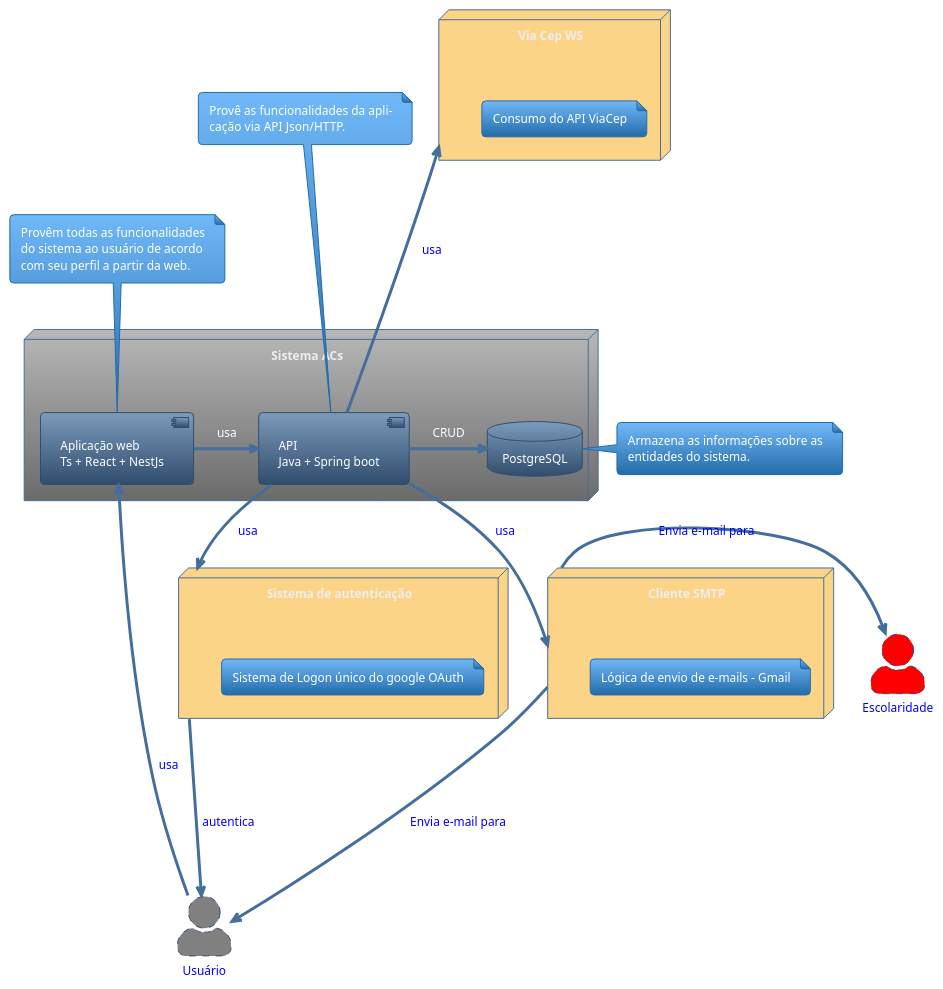
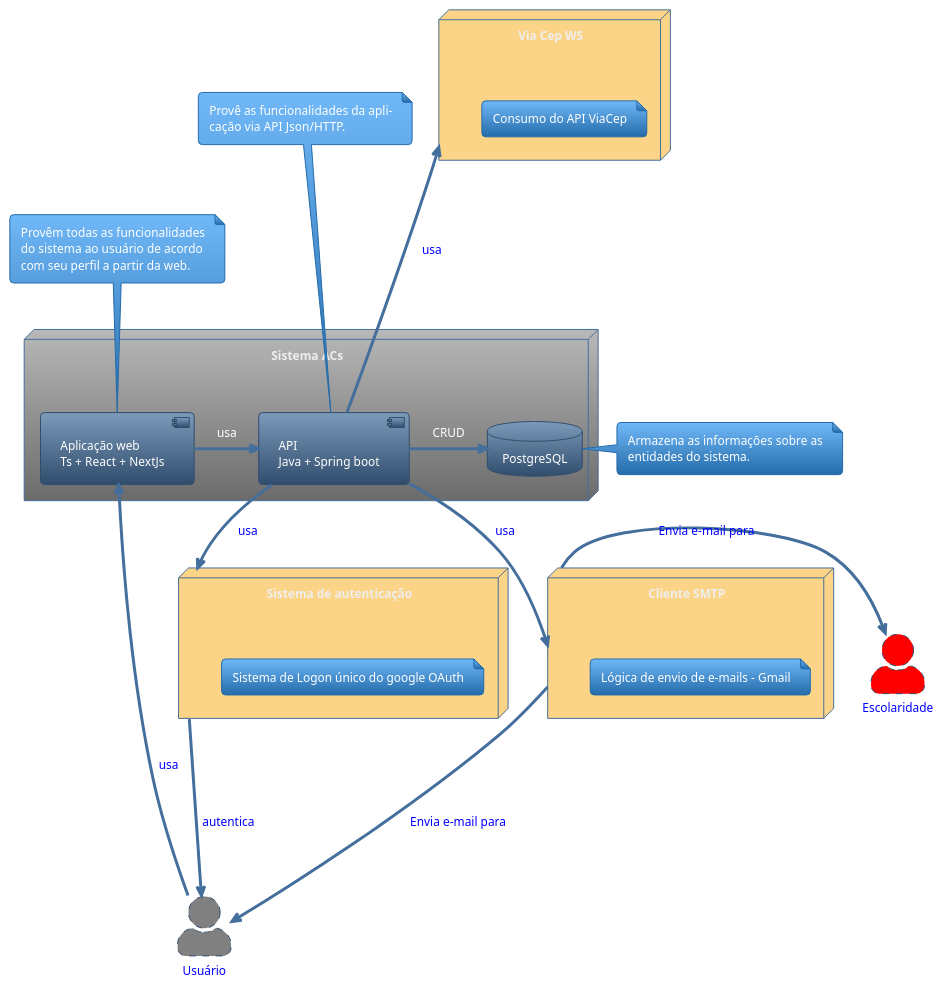
Before and after one commit to kvojps/sistema-acs: the diagram in sistema-docs/src/2. Níveis/2.2 Container - C2/diagrama-c2.puml, drawn with PlantUML. The commit also changed 1 other file, not shown here.

Commit message:
refatorando diagrama e adicionando md do c2

```diff
--- a/sistema-docs/src/2. Níveis/2.2 Container - C2/diagrama-c2.puml
+++ b/sistema-docs/src/2. Níveis/2.2 Container - C2/diagrama-c2.puml
@@ -1,63 +1,63 @@
 @startuml Diagrama c2 - container
 !theme spacelab
 skinparam actorStyle awesome
 
 node "Sistema ACs" {
-    [Aplicação web\nTs + React + NestJs] as front
+    [Aplicação web\nTs + React + NextJs] as front
     [API\nJava + Spring boot] as back
     database "PostgreSQL"
 
     front -right--> back: usa
     back -right--> PostgreSQL: CRUD
 }
 
 node "Cliente SMTP" as SMTP #fcd487 {
     note as N0
         Lógica de envio de e-mails - Gmail
     end note
 }
 
 node "Sistema de autenticação" as Auth #fcd487 {
     note as N1
         Sistema de Logon único do google OAuth
     end note
 }
 
 node "Via Cep WS" as ViaCep #fcd487 {
     note as N2
         Consumo do API ViaCep
     end note
 }
 
 note as front_note
     Provêm todas as funcionalidades
     do sistema ao usuário de acordo
     com seu perfil a partir da web.
 end note
 
 note as back_note
     Provê as funcionalidades da apli-
     cação via API Json/HTTP.
 end note
 
 note as db_note
     Armazena as informações sobre as
     entidades do sistema.
 end note
 
 front -up-> front_note
 back -up--> back_note
 PostgreSQL -right-> db_note
 
 Actor Usuário #gray;line.dashed;text:blue
 Actor Escolaridade #red;line.dashed;text:blue
 
 back -down-> Auth #text:blue : usa
 back -down-> SMTP #text:blue : usa
 back -up--> ViaCep #text:blue : usa
 Usuário -up-> front #text:blue : usa
 
 Auth -> Usuário #text:blue : autentica
 SMTP -down--> Usuário #text:blue : Envia e-mail para
 SMTP -right-> Escolaridade #text:blue : Envia e-mail para
 @enduml
```
